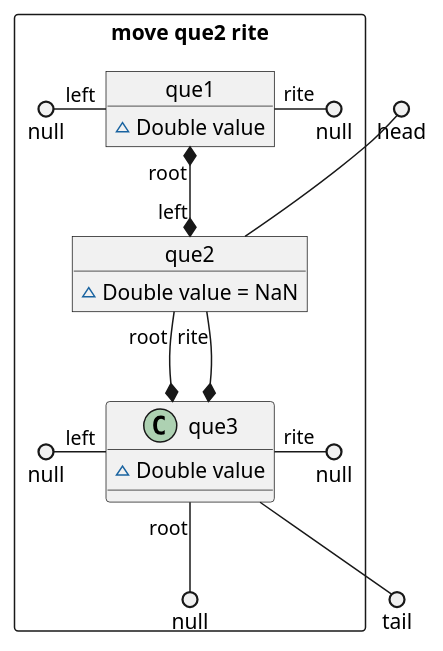
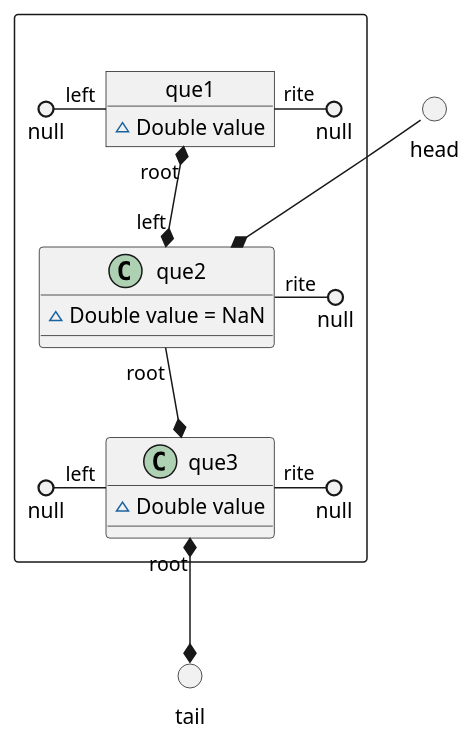
The diagram in src/docs/UML/reorderScheme/_04_queue.puml (vitalispopoff/calculator), drawn with PlantUML before and after one commit. The commit also changed 16 other files, not shown here.

```diff
--- a/src/docs/UML/reorderScheme/_04_queue.puml
+++ b/src/docs/UML/reorderScheme/_04_queue.puml
@@ -1,30 +1,31 @@
 @startuml
 
-package "move que2 rite" <<Rectangle>>{
+() head
+() tail
+
+package " " <<Rectangle>>{
+
+        head --*  que2
 
     object que1{
         ~ Double value
     }
         null ()- "left" que1
         que1 "rite" -() null
+        que1 "root" *--* "left" que2
 
     object que2{
         ~ Double value = NaN
     }
-       que2 "root" --* que3
+        que2 "rite" -() null
+        que2 "root" --*  que3
 
     object que3{
         ~ Double value
     }
         null ()- "left" que3
         que3 "rite" -() null
-        que3 "root" --() null
-
-    que1 "root" *--* "left" que2
-    que2 "rite" --* que3
+        que3 "root" *--* tail
 
 }
-     head ()-- que2
-     que3 --() tail
-
 @enduml
```
